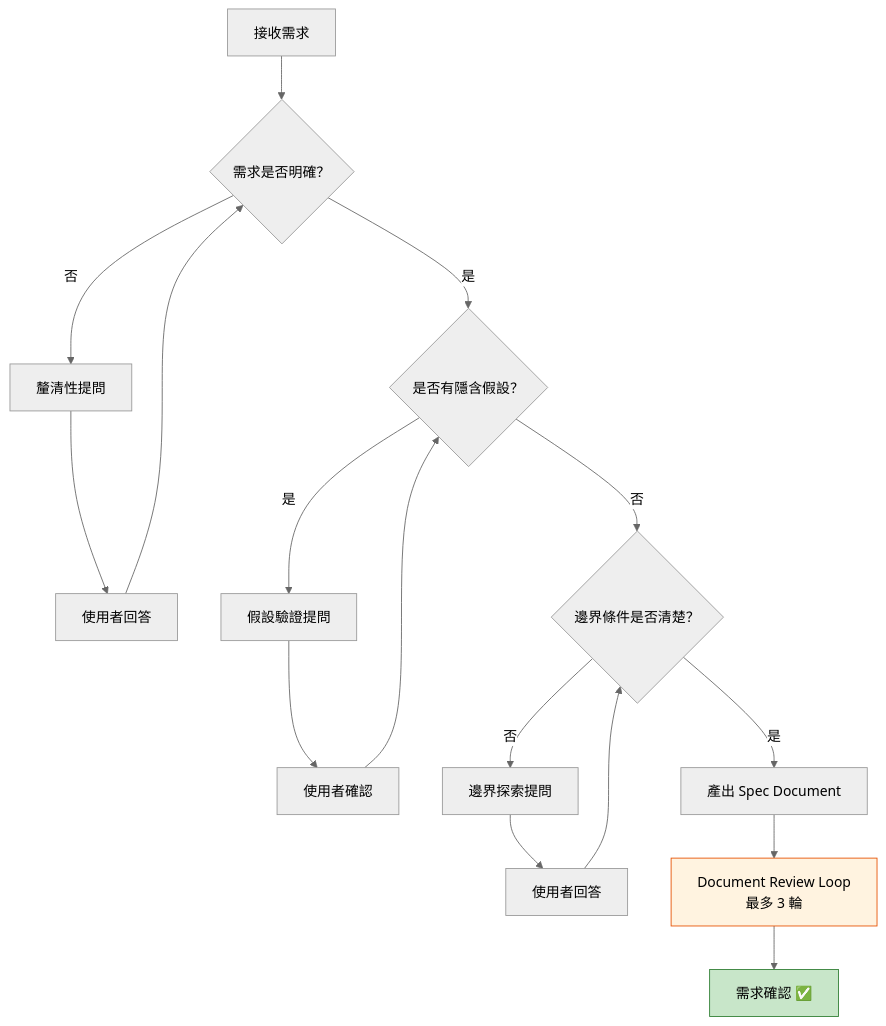
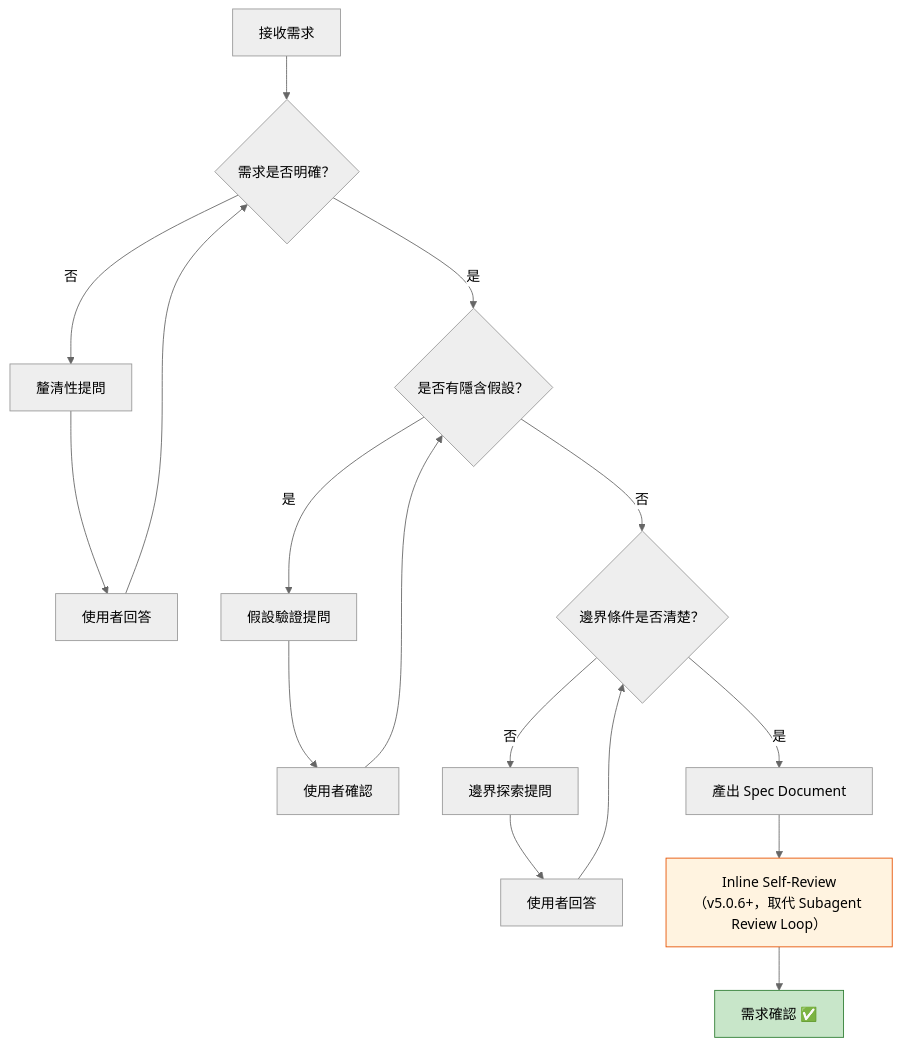
Before and after one commit to chihhung/Blog: diagram 12 of 43 in content/posts/教學/AI開發/Superpowers教學手冊.md, drawn with Mermaid (neutral theme). The commit also changed other lines of this file, not shown here.

````diff
--- a/content/posts/教學/AI開發/Superpowers教學手冊.md
+++ b/content/posts/教學/AI開發/Superpowers教學手冊.md
@@ -1067,21 +1125,21 @@
 ```mermaid
 graph TD
     A[接收需求] --> B{需求是否明確？}
     B -->|否| C[釐清性提問]
     B -->|是| D{是否有隱含假設？}
     C --> E[使用者回答]
     E --> B
     D -->|是| F[假設驗證提問]
     D -->|否| G{邊界條件是否清楚？}
     F --> H[使用者確認]
     H --> D
     G -->|否| I[邊界探索提問]
     G -->|是| J[產出 Spec Document]
     I --> K[使用者回答]
     K --> G
-    J --> L[Document Review Loop<br/>最多 3 輪]
+    J --> L[Inline Self-Review<br/>（v5.0.6+，取代 Subagent Review Loop）]
     L --> M[需求確認 ✅]
     
     style M fill:#c8e6c9,stroke:#2e7d32,color:#000
     style L fill:#fff3e0,stroke:#e65100,color:#000
 ```
````
